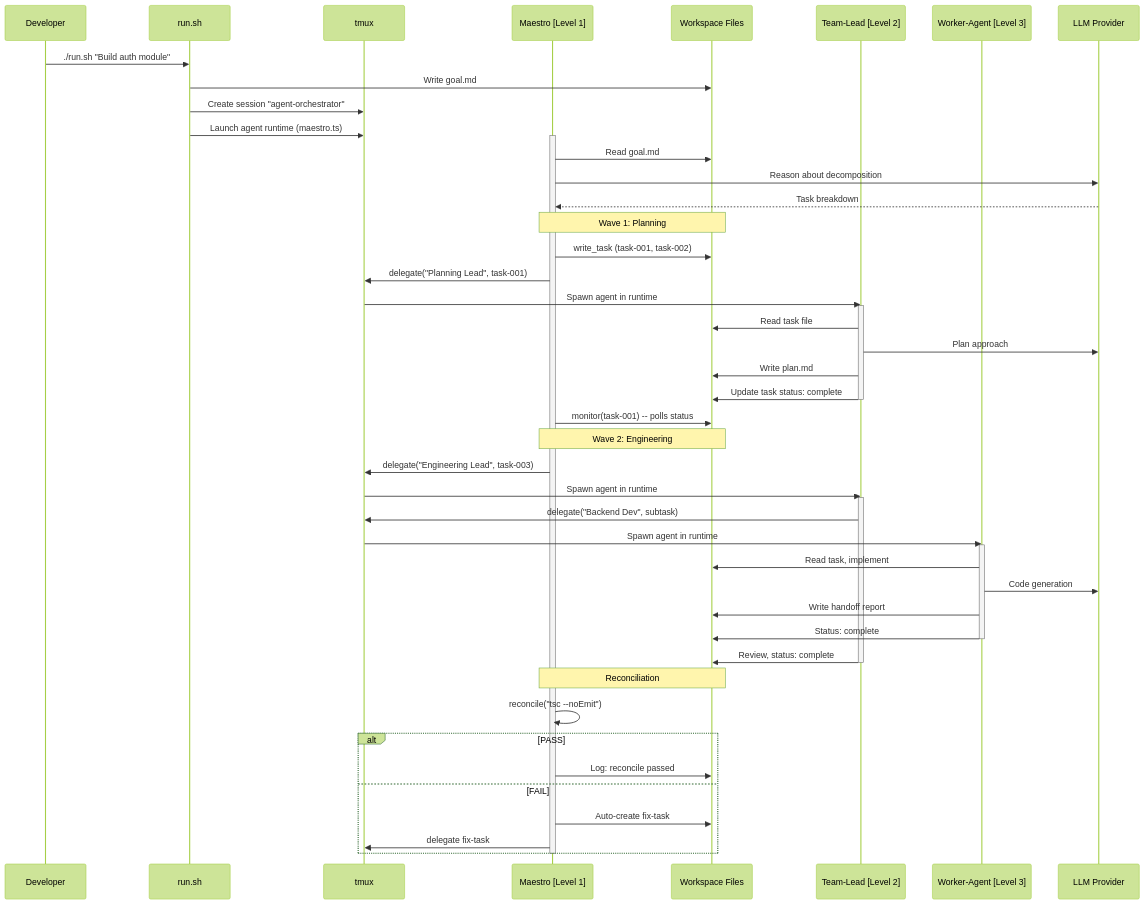
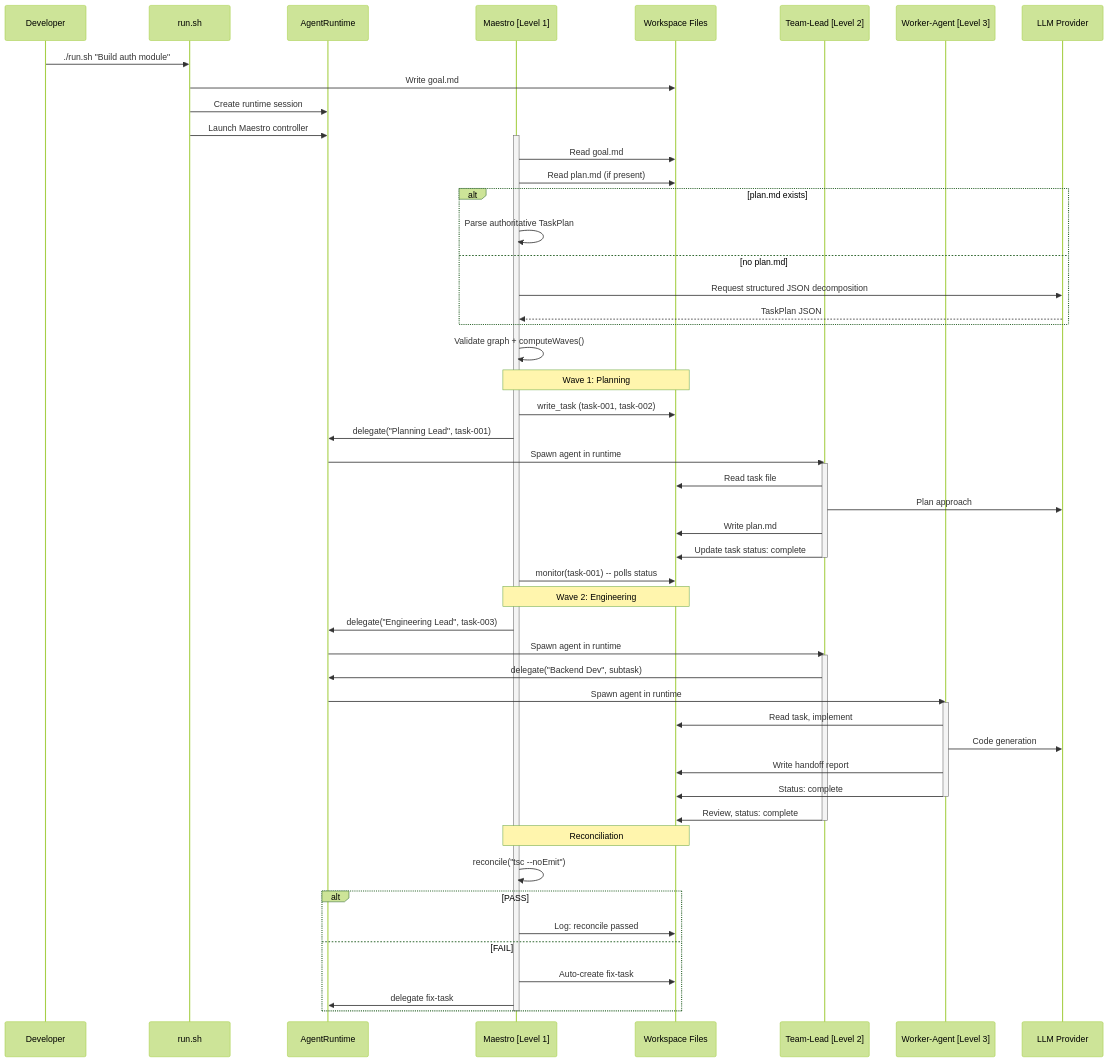
One commit to BerndAdamczyk/Agent-Maestro changed the eighth of 21 diagrams in docs/arc42-architecture.md. Above: the diagram before and after it, drawn with Mermaid (forest theme). The commit also changed other lines of this file, not shown here.

````diff
--- a/docs/arc42-architecture.md
+++ b/docs/arc42-architecture.md
@@ -710,59 +735,65 @@
 ```mermaid
 sequenceDiagram
     participant Dev as Developer
     participant RS as run.sh
-    participant Tmux as tmux
+    participant Runtime as AgentRuntime
     participant Maestro as Maestro [Level 1]
     participant WS as Workspace Files
     participant Lead as Team-Lead [Level 2]
     participant Worker as Worker-Agent [Level 3]
     participant LLM as LLM Provider
 
     Dev->>RS: ./run.sh "Build auth module"
     RS->>WS: Write goal.md
-    RS->>Tmux: Create session "agent-orchestrator"
-    RS->>Tmux: Launch agent runtime (maestro.ts)
+    RS->>Runtime: Create runtime session
+    RS->>Runtime: Launch Maestro controller
 
     activate Maestro
     Maestro->>WS: Read goal.md
-    Maestro->>LLM: Reason about decomposition
-    LLM-->>Maestro: Task breakdown
+    Maestro->>WS: Read plan.md (if present)
+    alt plan.md exists
+        Maestro->>Maestro: Parse authoritative TaskPlan
+    else no plan.md
+        Maestro->>LLM: Request structured JSON decomposition
+        LLM-->>Maestro: TaskPlan JSON
+    end
+    Maestro->>Maestro: Validate graph + computeWaves()
 
     Note over Maestro,WS: Wave 1: Planning
     Maestro->>WS: write_task (task-001, task-002)
-    Maestro->>Tmux: delegate("Planning Lead", task-001)
-    Tmux->>Lead: Spawn agent in runtime
+    Maestro->>Runtime: delegate("Planning Lead", task-001)
+    Runtime->>Lead: Spawn agent in runtime
     activate Lead
     Lead->>WS: Read task file
     Lead->>LLM: Plan approach
     Lead->>WS: Write plan.md
     Lead->>WS: Update task status: complete
     deactivate Lead
 
     Maestro->>WS: monitor(task-001) -- polls status
 
     Note over Maestro,WS: Wave 2: Engineering
-    Maestro->>Tmux: delegate("Engineering Lead", task-003)
-    Tmux->>Lead: Spawn agent in runtime
+    Maestro->>Runtime: delegate("Engineering Lead", task-003)
+    Runtime->>Lead: Spawn agent in runtime
     activate Lead
-    Lead->>Tmux: delegate("Backend Dev", subtask)
-    Tmux->>Worker: Spawn agent in runtime
+    Lead->>Runtime: delegate("Backend Dev", subtask)
+    Runtime->>Worker: Spawn agent in runtime
     activate Worker
     Worker->>WS: Read task, implement
     Worker->>LLM: Code generation
     Worker->>WS: Write handoff report
     Worker->>WS: Status: complete
     deactivate Worker
     Lead->>WS: Review, status: complete
     deactivate Lead
 
     Note over Maestro,WS: Reconciliation
     Maestro->>Maestro: reconcile("tsc --noEmit")
     alt PASS
         Maestro->>WS: Log: reconcile passed
     else FAIL
         Maestro->>WS: Auto-create fix-task
-        Maestro->>Tmux: delegate fix-task
+        Maestro->>Runtime: delegate fix-task
     end
     deactivate Maestro
 ```
````
